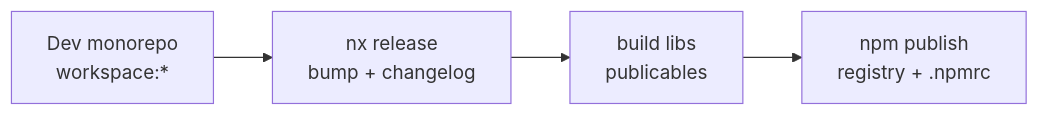
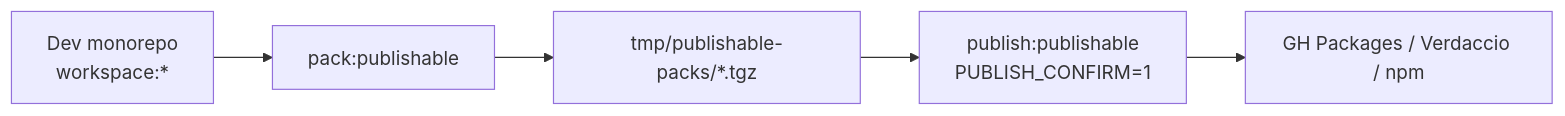
One commit to angelnietos/babooni-docs changed the diagram in guides/npm-publish-and-versioning.md. Above: the diagram before and after it, drawn with Mermaid. The commit also changed other lines of this file and 64 other files, not shown here.

````diff
--- a/guides/npm-publish-and-versioning.md
+++ b/guides/npm-publish-and-versioning.md
@@ -28,6 +23,7 @@
 ```mermaid
 flowchart LR
-  DEV["Dev monorepo\nworkspace:*"] --> REL["nx release\nbump + changelog"]
-  REL --> BUILD["build libs\npublicables"]
-  BUILD --> PUB["npm publish\nregistry + .npmrc"]
+  DEV["Dev monorepo\nworkspace:*"] --> PACK["pack:publishable"]
+  PACK --> ART["tmp/publishable-packs/*.tgz"]
+  ART --> PUB["publish:publishable\nPUBLISH_CONFIRM=1"]
+  PUB --> REG["GH Packages / Verdaccio / npm"]
 ```
````
